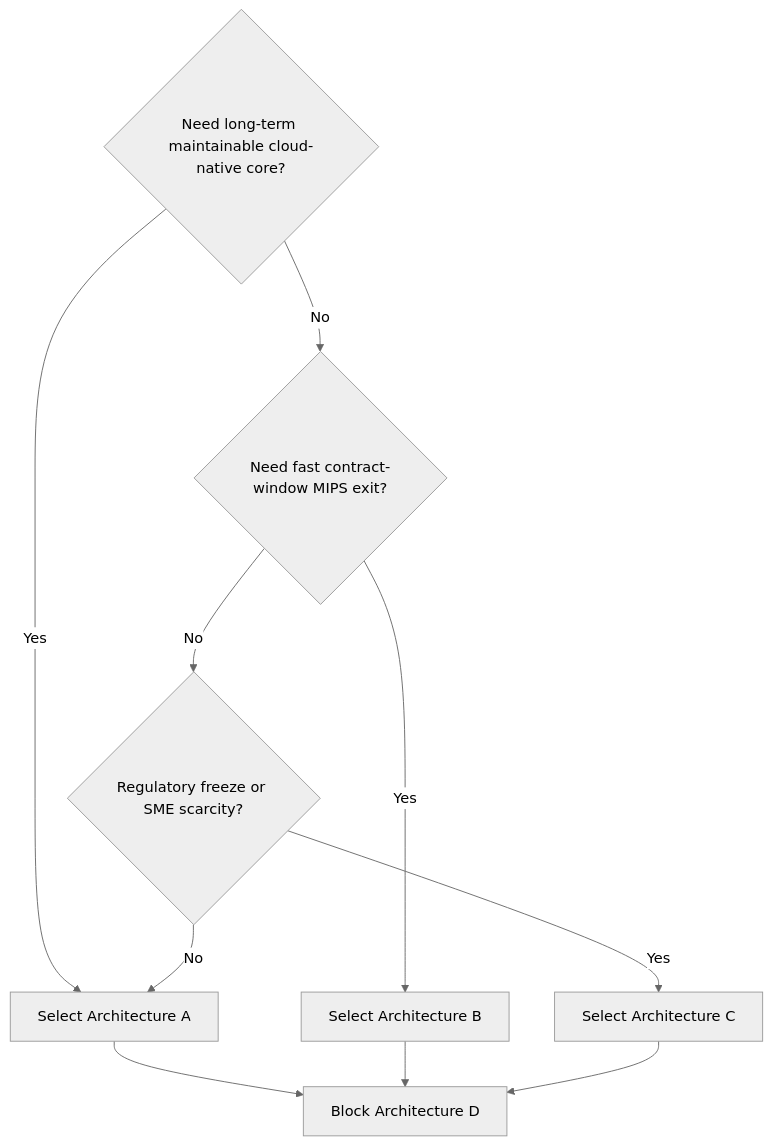
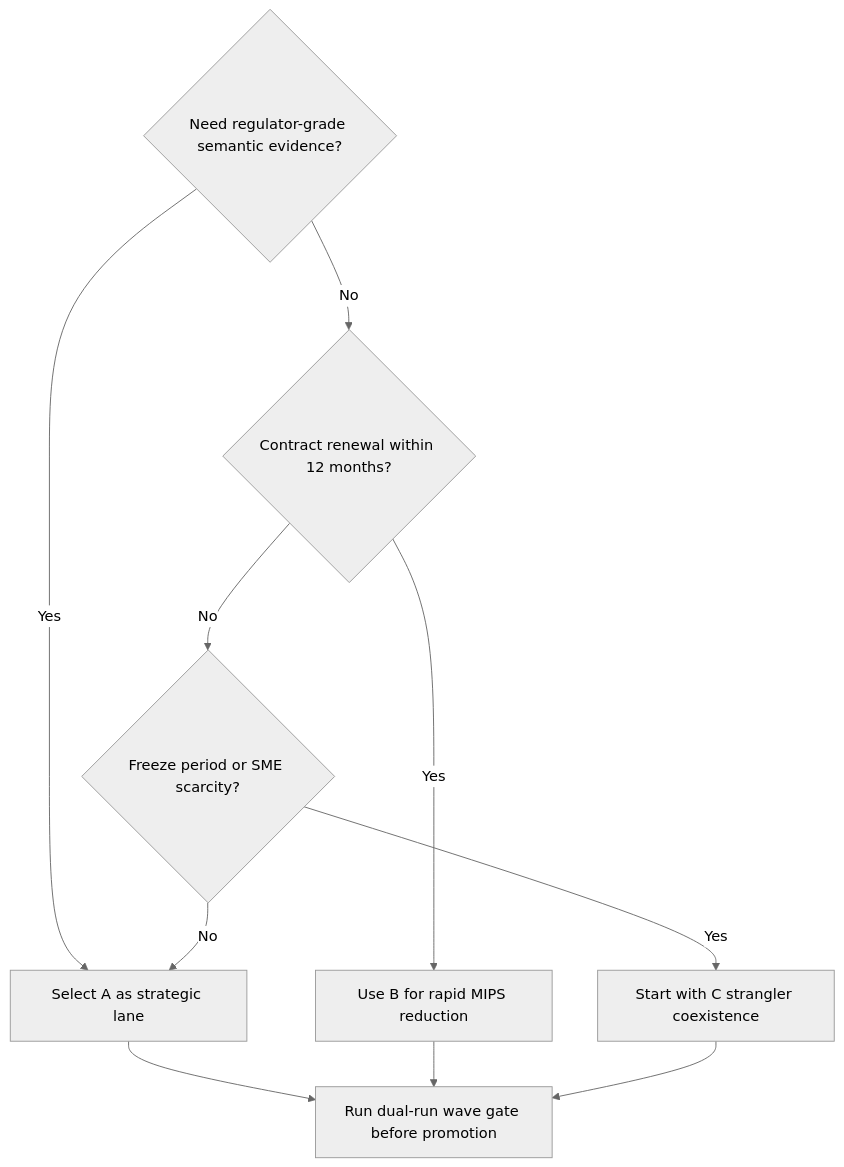
Before and after one commit to turbo998/ai-infra-lab: the third of 3 diagrams in docs/azure-agent-infra/mainframe-cobol-jcl-modernization-spec-dual-run-vs-rehost-vs-strangler-selection-faq.en.md, drawn with Mermaid (neutral theme). The commit also changed other lines of this file and 10 other files, not shown here.

````diff
--- a/docs/azure-agent-infra/mainframe-cobol-jcl-modernization-spec-dual-run-vs-rehost-vs-strangler-selection-faq.en.md
+++ b/docs/azure-agent-infra/mainframe-cobol-jcl-modernization-spec-dual-run-vs-rehost-vs-strangler-selection-faq.en.md
@@ -82,13 +152,13 @@
 ```mermaid
 flowchart TD
-  A{Need long-term maintainable cloud-native core?}
-  A -->|Yes| B[Select Architecture A]
-  A -->|No| C{Need fast contract-window MIPS exit?}
-  C -->|Yes| D[Select Architecture B]
-  C -->|No| E{Regulatory freeze or SME scarcity?}
-  E -->|Yes| F[Select Architecture C]
+  A{Need regulator-grade semantic evidence?}
+  A -->|Yes| B[Select A as strategic lane]
+  A -->|No| C{Contract renewal within 12 months?}
+  C -->|Yes| D[Use B for rapid MIPS reduction]
+  C -->|No| E{Freeze period or SME scarcity?}
+  E -->|Yes| F[Start with C strangler coexistence]
   E -->|No| B
-  B --> G[Block Architecture D]
+  B --> G[Run dual-run wave gate before promotion]
   D --> G
   F --> G
 ```
````
